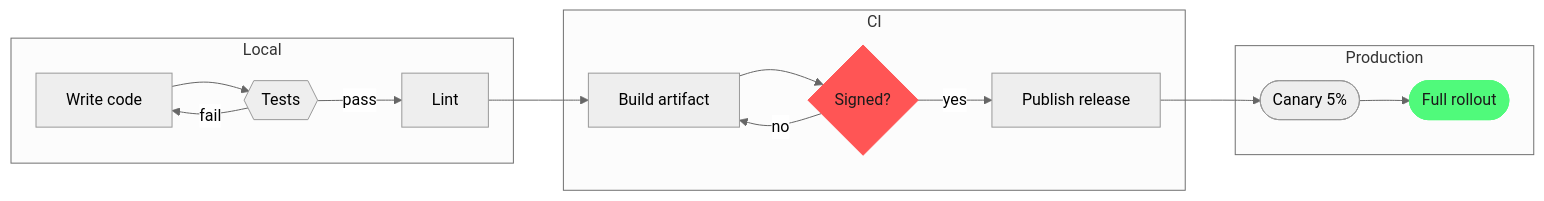
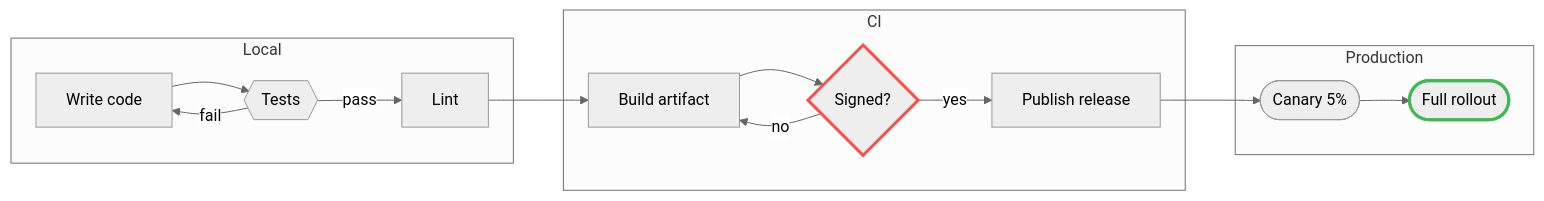
One commit to Weidows/neomermaid changed the diagram in examples/release-flow.mmd. Above: the diagram before and after it, drawn with Mermaid (neutral theme). The commit also changed 6 other files, not shown here.

First line of the commit message:
fix(legibility): theme XY charts, scope gantt rules to gantt, correct the audit

```diff
--- a/examples/release-flow.mmd
+++ b/examples/release-flow.mmd
@@ -1,25 +1,25 @@
 %% Release pipeline — Subgraphs, decision diamonds, nested shapes and per-class colours.
 %% preset hint: subgraphs, classDef, curved edges
 flowchart LR
   subgraph dev[" Local "]
     code["Write code"] --> test{{"Tests"}}
     test -- "pass" --> lint["Lint"]
     test -- "fail" --> code
   end
 
   subgraph ci[" CI "]
     lint --> build["Build artifact"]
     build --> sign{"Signed?"}
     sign -- "no" --> build
     sign -- "yes" --> publish
   end
 
   subgraph prod[" Production "]
     publish["Publish release"] --> canary(["Canary 5%"])
     canary --> full(["Full rollout"])
   end
 
-  classDef danger fill:#ff5555,stroke:#ff5555,color:#1b1b1b;
-  classDef ok fill:#50fa7b,stroke:#50fa7b,color:#1b1b1b;
+  classDef danger stroke:#f85149,stroke-width:3px;
+  classDef ok stroke:#3fb950,stroke-width:3px;
   class sign danger;
   class full ok;
```
